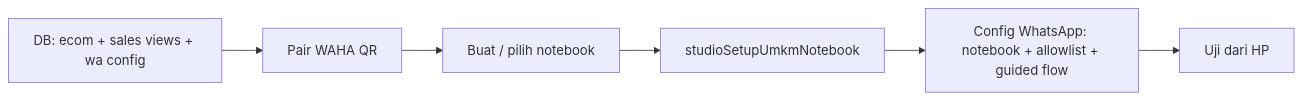
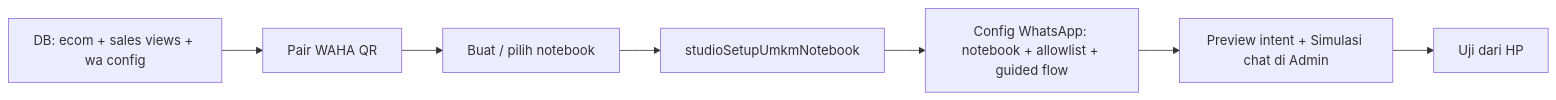
One commit to nusantarasoft/juragan-aibuilder-cup changed the second of 10 diagrams in middleware/STUDIO_UMKM_FLOW.md. Above: the diagram before and after it, drawn with Mermaid. The commit also changed other lines of this file and 6 other files, not shown here.

First line of the commit message:
docs(umkm): sync flow doc and add QA report for preview+Sim

````diff
--- a/middleware/STUDIO_UMKM_FLOW.md
+++ b/middleware/STUDIO_UMKM_FLOW.md
@@ -78,11 +102,12 @@
 ```mermaid
 flowchart LR
     A1[DB: ecom + sales views + wa config]
     A2[Pair WAHA QR]
     A3[Buat / pilih notebook]
     A4[studioSetupUmkmNotebook]
     A5[Config WhatsApp: notebook + allowlist + guided flow]
-    A6[Uji dari HP]
+    A6[Preview intent + Simulasi chat di Admin]
+    A7[Uji dari HP]
 
-    A1 --> A2 --> A3 --> A4 --> A5 --> A6
+    A1 --> A2 --> A3 --> A4 --> A5 --> A6 --> A7
 ```
````
